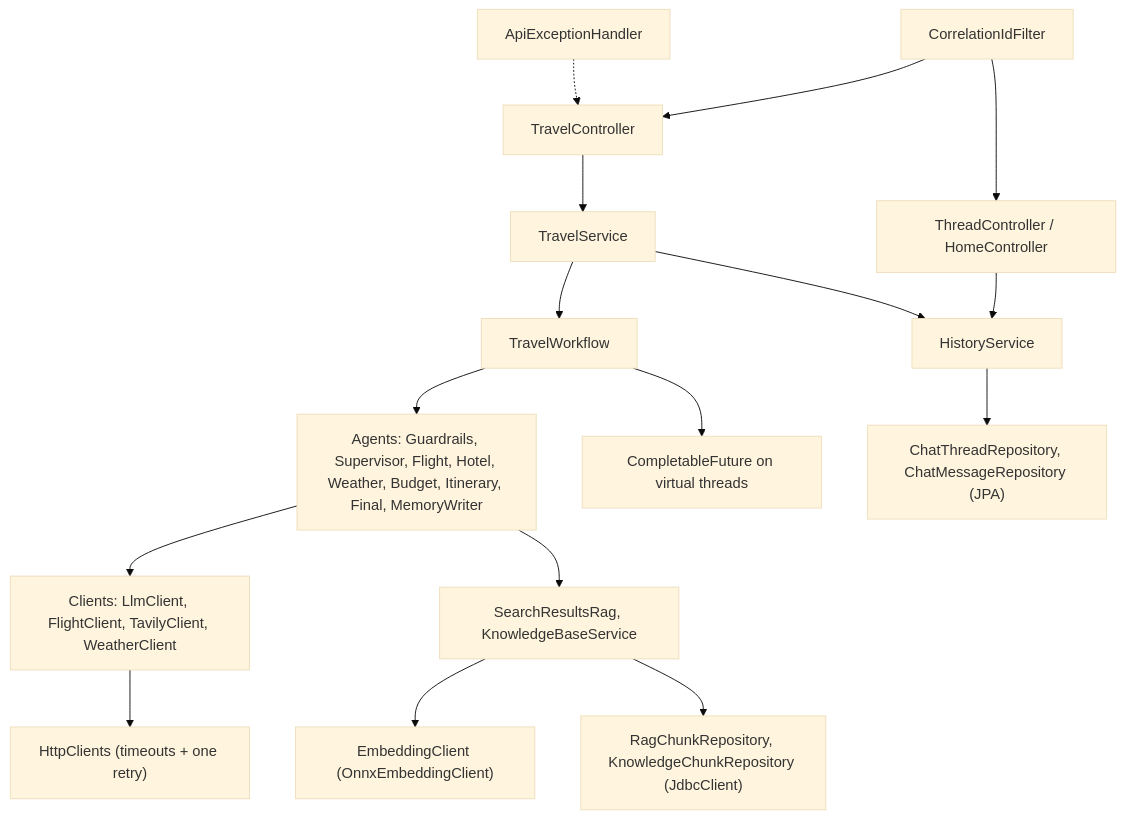
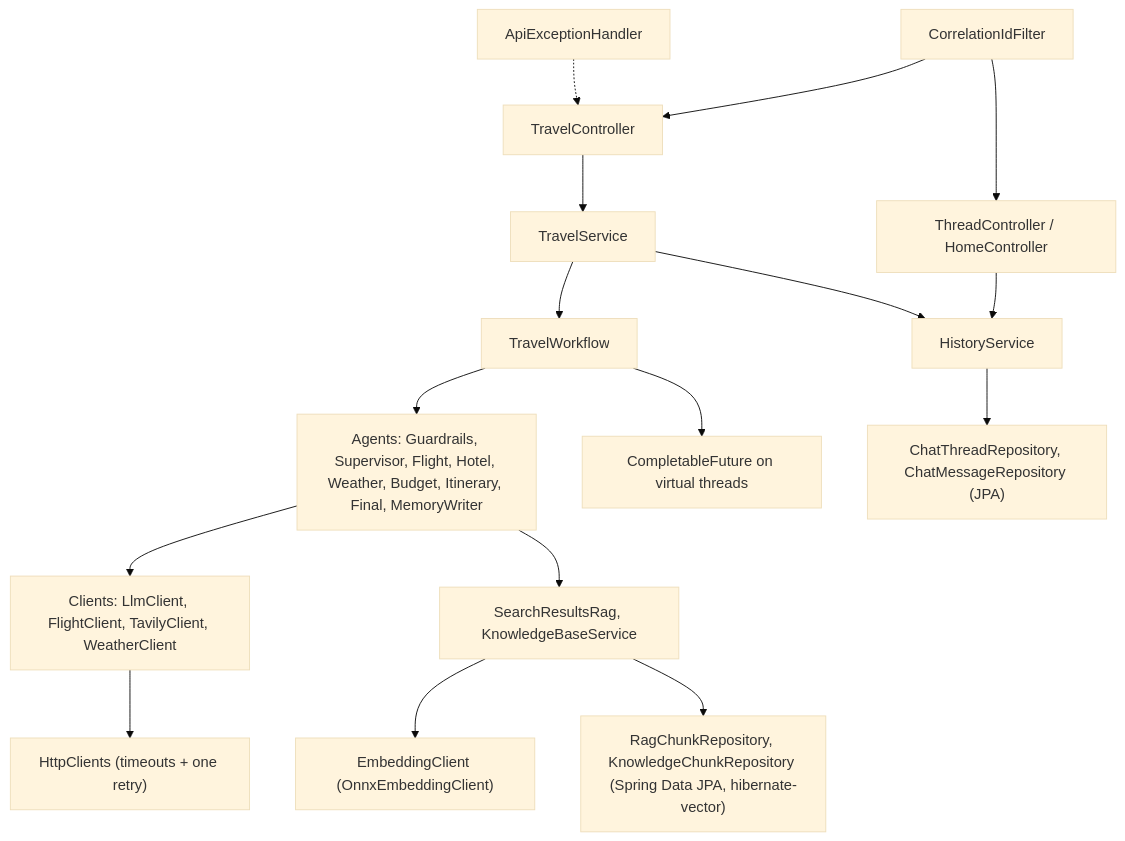
One commit to jasbir125/mytripadvision changed the second of 7 diagrams in docs/architecture.md. Above: the diagram before and after it, drawn with Mermaid (base theme). The commit also changed 35 other files, not shown here.

````diff
--- a/docs/architecture.md
+++ b/docs/architecture.md
@@ -26,18 +26,18 @@
 ```mermaid
 flowchart TB
     F["CorrelationIdFilter"] --> TC["TravelController"]
     F --> THC["ThreadController / HomeController"]
     TC --> TS["TravelService"]
     THC --> HS["HistoryService"]
     TS --> WF["TravelWorkflow"]
     TS --> HS
     WF --> AG["Agents: Guardrails, Supervisor, Flight, Hotel, Weather, Budget, Itinerary, Final, MemoryWriter"]
     WF --> PR["CompletableFuture on virtual threads"]
     AG --> CL["Clients: LlmClient, FlightClient, TavilyClient, WeatherClient"]
     CL --> RC["HttpClients (timeouts + one retry)"]
     AG --> RAG["SearchResultsRag, KnowledgeBaseService"]
     RAG --> EMB["EmbeddingClient (OnnxEmbeddingClient)"]
-    RAG --> VR["RagChunkRepository, KnowledgeChunkRepository (JdbcClient)"]
+    RAG --> VR["RagChunkRepository, KnowledgeChunkRepository (Spring Data JPA, hibernate-vector)"]
     HS --> JR["ChatThreadRepository, ChatMessageRepository (JPA)"]
     ERR["ApiExceptionHandler"] -.-> TC
 ```
````
